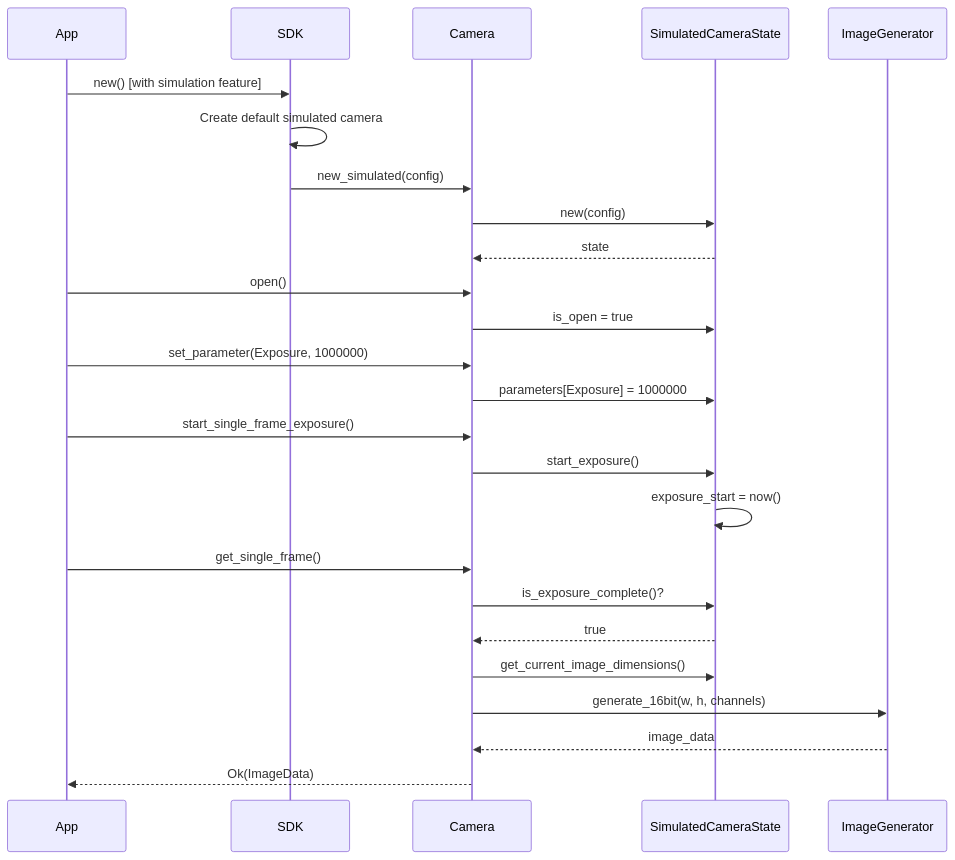
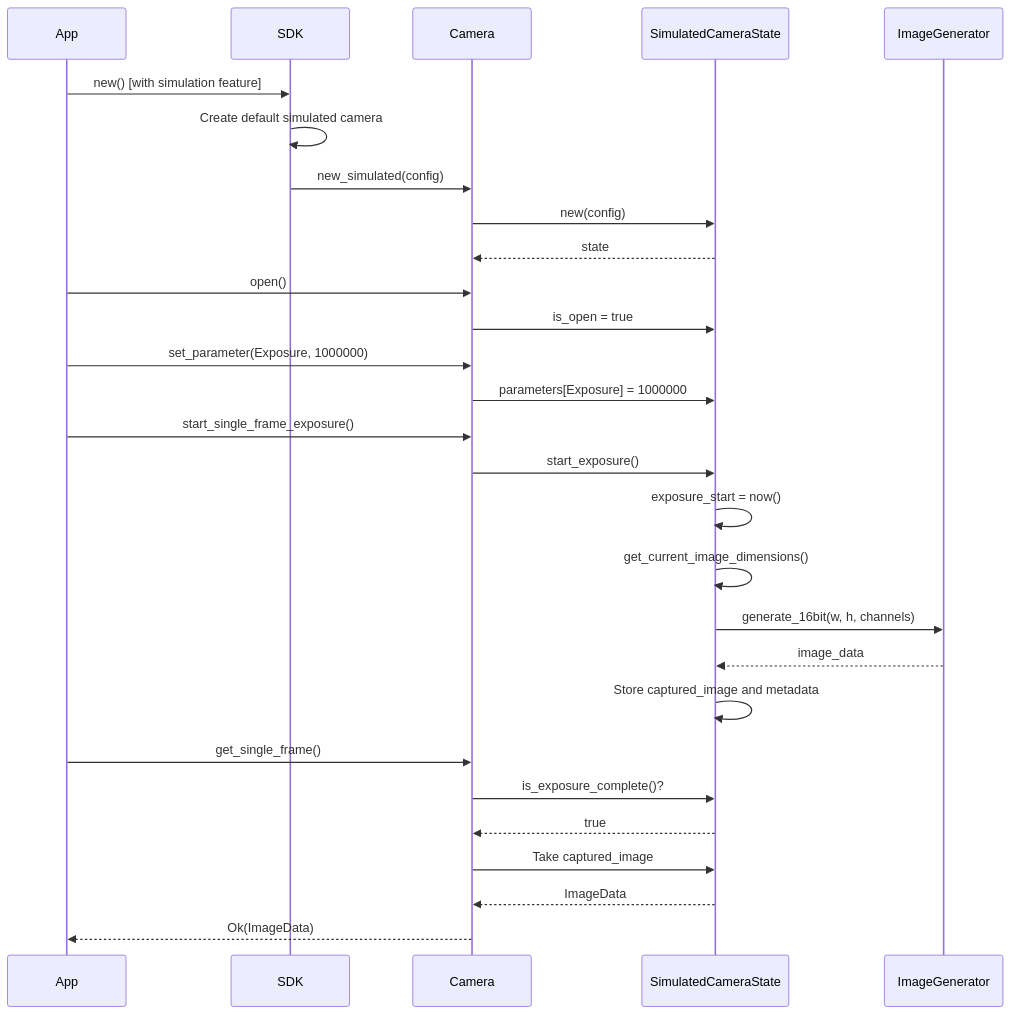
Before and after one commit to ivonnyssen/qhyccd-rs: diagram 13 of 19 in docs/qhyccd-rs.md, drawn with Mermaid. The commit also changed other lines of this file and 4 other files, not shown here.

````diff
--- a/docs/qhyccd-rs.md
+++ b/docs/qhyccd-rs.md
@@ -599,32 +600,35 @@
 ```mermaid
 sequenceDiagram
     participant App
     participant SDK
     participant Camera
     participant SimState as SimulatedCameraState
     participant ImgGen as ImageGenerator
 
     App->>SDK: new() [with simulation feature]
     SDK->>SDK: Create default simulated camera
     SDK->>Camera: new_simulated(config)
     Camera->>SimState: new(config)
     SimState-->>Camera: state
 
     App->>Camera: open()
     Camera->>SimState: is_open = true
 
     App->>Camera: set_parameter(Exposure, 1000000)
     Camera->>SimState: parameters[Exposure] = 1000000
 
     App->>Camera: start_single_frame_exposure()
     Camera->>SimState: start_exposure()
     SimState->>SimState: exposure_start = now()
+    SimState->>SimState: get_current_image_dimensions()
+    SimState->>ImgGen: generate_16bit(w, h, channels)
+    ImgGen-->>SimState: image_data
+    SimState->>SimState: Store captured_image and metadata
 
     App->>Camera: get_single_frame()
     Camera->>SimState: is_exposure_complete()?
     SimState-->>Camera: true
-    Camera->>SimState: get_current_image_dimensions()
-    Camera->>ImgGen: generate_16bit(w, h, channels)
-    ImgGen-->>Camera: image_data
+    Camera->>SimState: Take captured_image
+    SimState-->>Camera: ImageData
     Camera-->>App: Ok(ImageData)
 ```
````
